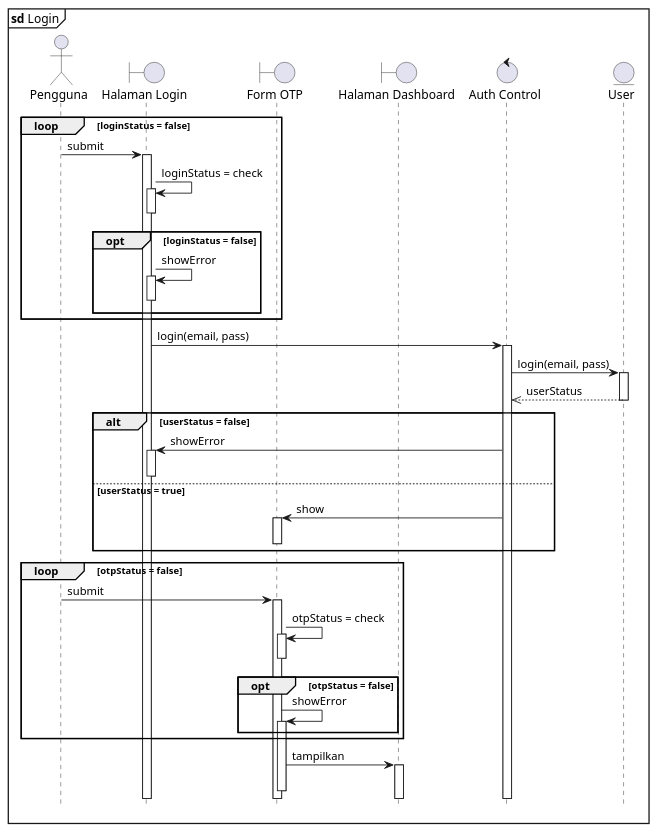
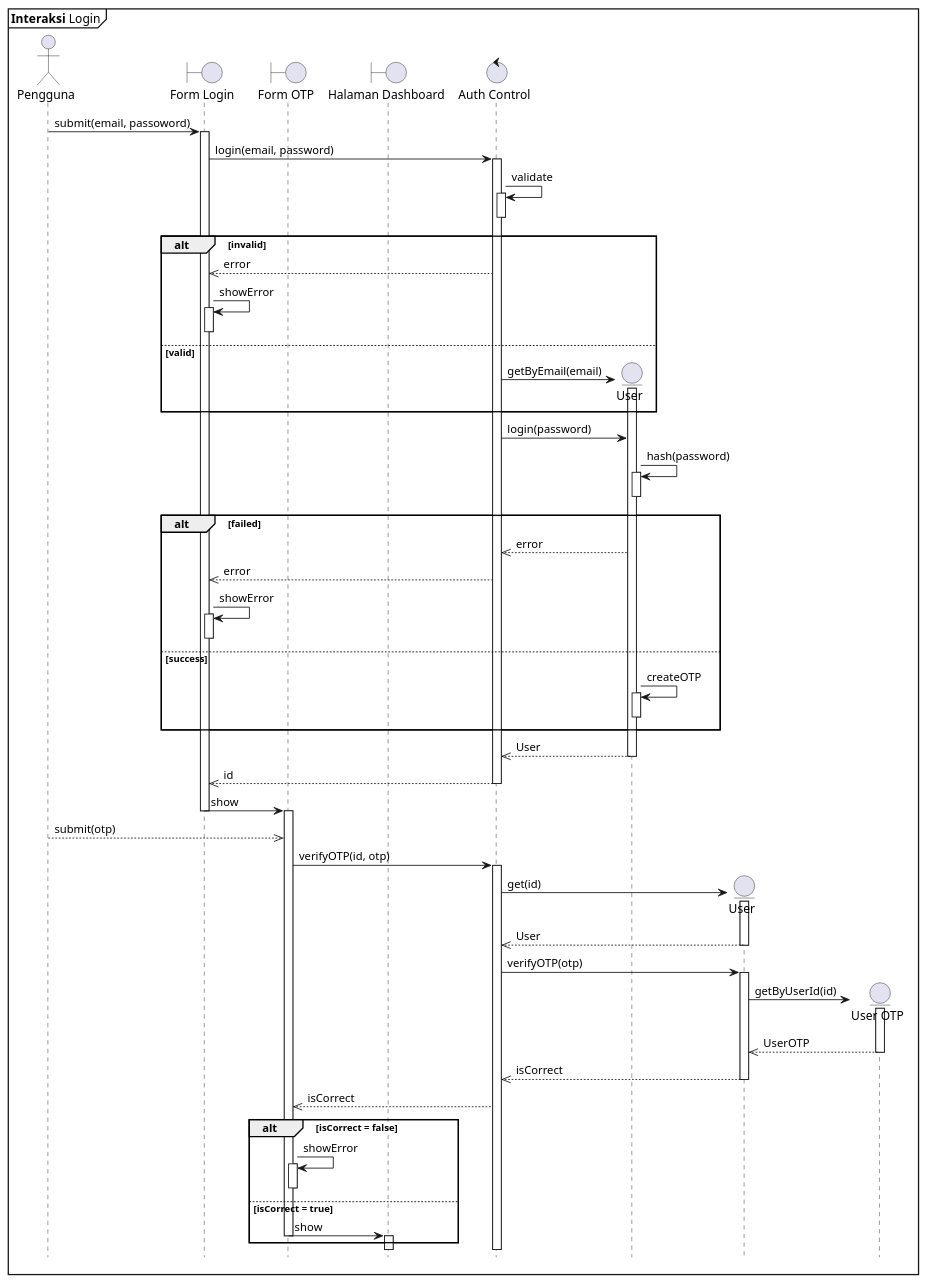
Before and after one commit to clarestarahma/manajemen-investasi: the diagram in sequence/Login.puml, drawn with PlantUML. The commit also changed 19 other files, not shown here.

```diff
--- a/sequence/Login.puml
+++ b/sequence/Login.puml
@@ -1,51 +1,102 @@
 @startuml Sequence
 
 hide footbox
-autoactivate on
 
-mainframe **sd** Login
+mainframe **Interaksi** Login
 
 actor "Pengguna"
-boundary "Halaman Login" as HL
+boundary "Form Login" as FL
 boundary "Form OTP" as FOTP
-boundary "Halaman Dashboard" as D
+boundary "Halaman Dashboard" as HD
 control "Auth Control" as AC
 ' entity "Auth Service" as ASR
-entity "User" as user
+entity "User" as User
+entity "User" as User2
+entity "User OTP" as UOTP
 
-loop loginStatus = false
-    Pengguna -> HL: submit
-    HL -> HL: loginStatus = check 
-    deactivate HL
+Pengguna -> FL : submit(email, passoword)
+activate FL
 
-    opt loginStatus = false
-        HL -> HL: showError
-        deactivate HL
-    end
-end 
+FL -> AC : login(email, password)
+activate AC
 
-HL -> AC : login(email, pass)
-AC -> user : login(email, pass)
-user -->> AC : userStatus
+AC -> AC : validate
+activate AC
+deactivate AC
 
-alt userStatus = false
-    AC -> HL : showError
-    deactivate HL  
-else userStatus = true 
-    AC -> FOTP : show
-    deactivate FOTP
+alt invalid
+  AC -->> FL : error
+  FL -> FL : showError
+  activate FL
+  deactivate FL
+else valid
+  AC -> User ** : getByEmail(email)
+  activate User
 end
-    loop otpStatus = false
-        Pengguna -> FOTP: submit
-        FOTP -> FOTP: otpStatus = check
-        deactivate FOTP
-        opt otpStatus = false
-            FOTP -> FOTP: showError
-        end
-    end
 
-FOTP -> D : tampilkan
-deactivate FOTP 
+AC -> User : login(password)
+User -> User : hash(password)
+activate User
+deactivate User
+
+alt failed
+  User -->> AC : error
+
+  AC -->> FL : error
+  FL -> FL : showError
+  activate FL
+  deactivate FL
+else success
+
+  User -> User : createOTP
+  activate User
+  deactivate User
+
+end
+
+User -->> AC : User
+deactivate User
+
+AC -->> FL : id
+deactivate AC
+
+FL -> FOTP : show
+deactivate FL
+activate FOTP
+
+Pengguna -->> FOTP : submit(otp)
+FOTP -> AC : verifyOTP(id, otp)
+activate AC
+
+AC -> User2 ** : get(id)
+activate User2
+
+User2 -->> AC : User
+deactivate User2
+
+AC -> User2 : verifyOTP(otp)
+activate User2
+
+User2 -> UOTP ** : getByUserId(id)
+activate UOTP
+UOTP -->> User2 : UserOTP
+deactivate UOTP
+
+User2 -->> AC : isCorrect
+deactivate User2
+
+AC -->> FOTP : isCorrect
+
+alt isCorrect = false
+  FOTP -> FOTP : showError
+  activate FOTP
+  deactivate FOTP
+else isCorrect = true
+  FOTP -> HD : show
+  deactivate FOTP
+  activate HD 
+end
+
 
 
 @enduml
```
